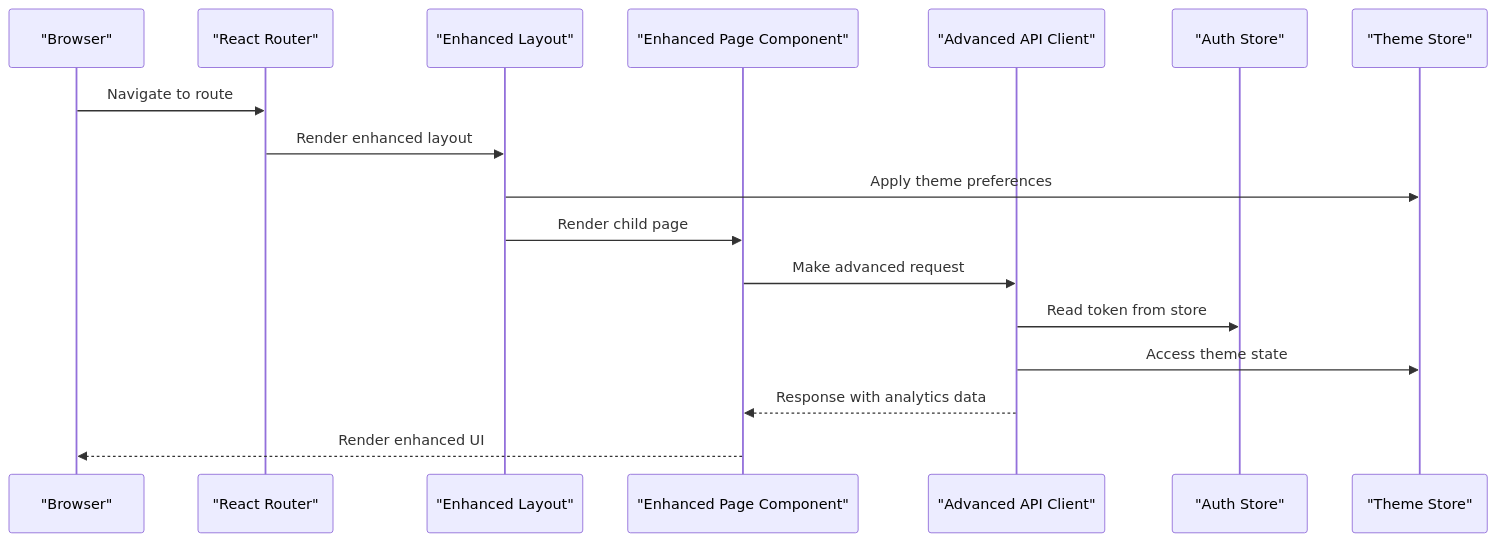
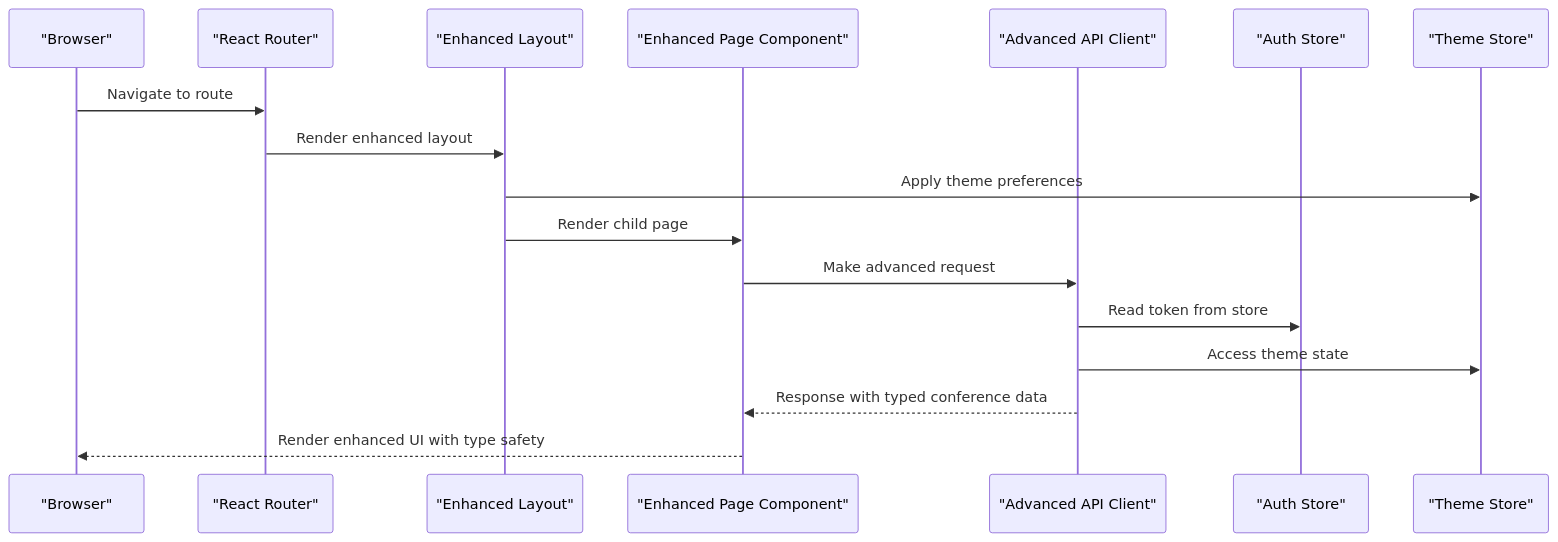
One commit to Vostrikov2014/vks-qoder changed the second of 3 diagrams in .qoder/repowiki/en/content/Frontend Application/Pages and Components.md. Above: the diagram before and after it, drawn with Mermaid. The commit also changed other lines of this file and 15 other files, not shown here.

````diff
--- a/.qoder/repowiki/en/content/Frontend Application/Pages and Components.md
+++ b/.qoder/repowiki/en/content/Frontend Application/Pages and Components.md
@@ -140,19 +157,19 @@
 ```mermaid
 sequenceDiagram
 participant Browser as "Browser"
 participant Router as "React Router"
 participant Layout as "Enhanced Layout"
 participant Page as "Enhanced Page Component"
 participant API as "Advanced API Client"
 participant Auth as "Auth Store"
 participant Theme as "Theme Store"
 Browser->>Router : Navigate to route
 Router->>Layout : Render enhanced layout
 Layout->>Theme : Apply theme preferences
 Layout->>Page : Render child page
 Page->>API : Make advanced request
 API->>Auth : Read token from store
 API->>Theme : Access theme state
-API-->>Page : Response with analytics data
-Page-->>Browser : Render enhanced UI
+API-->>Page : Response with typed conference data
+Page-->>Browser : Render enhanced UI with type safety
 ```
````
